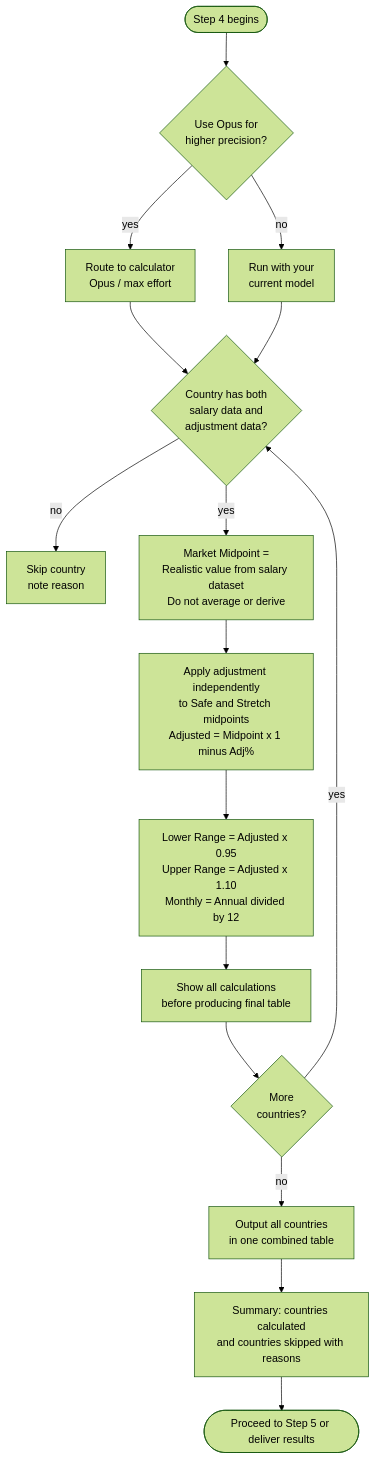
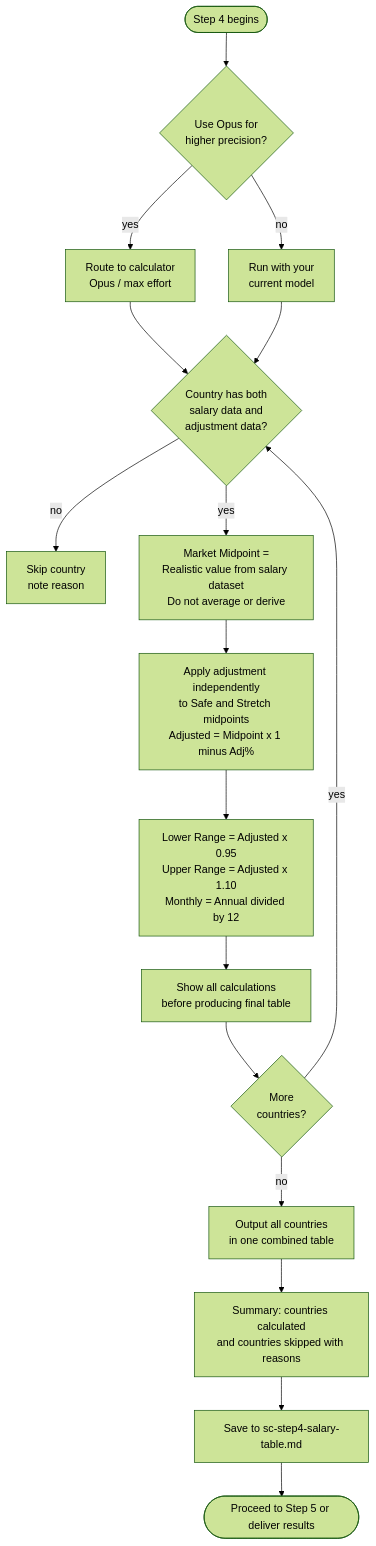
The diagram in docs/commands/salary-calculator/step4-final-table-calculation.md (myowinthein/agent-compass), drawn with Mermaid (forest theme) before and after one commit. The commit also changed other lines of this file and 7 other files, not shown here.

````diff
--- a/docs/commands/salary-calculator/step4-final-table-calculation.md
+++ b/docs/commands/salary-calculator/step4-final-table-calculation.md
@@ -14,18 +14,19 @@
 ```mermaid
 flowchart TD
   Start([Step 4 begins]) --> OpusQ{Use Opus for\nhigher precision?}
   OpusQ -->|yes| CalcAgent[Route to calculator\nOpus / max effort]
   OpusQ -->|no| CurrentModel[Run with your\ncurrent model]
   CalcAgent --> Check
   CurrentModel --> Check{Country has both\nsalary data and\nadjustment data?}
   Check -->|no| Skip[Skip country\nnote reason]
   Check -->|yes| Midpoint[Market Midpoint =\nRealistic value from salary dataset\nDo not average or derive]
   Midpoint --> Calc[Apply adjustment independently\nto Safe and Stretch midpoints\nAdjusted = Midpoint x 1 minus Adj%]
   Calc --> Range[Lower Range = Adjusted x 0.95\nUpper Range = Adjusted x 1.10\nMonthly = Annual divided by 12]
   Range --> ShowWork[Show all calculations\nbefore producing final table]
   ShowWork --> More{More\ncountries?}
   More -->|yes| Check
   More -->|no| Table[Output all countries\nin one combined table]
   Table --> Summary[Summary: countries calculated\nand countries skipped with reasons]
-  Summary --> Done([Proceed to Step 5 or deliver results])
+  Summary --> Save[Save to sc-step4-salary-table.md]
+  Save --> Done([Proceed to Step 5 or deliver results])
 ```
````
